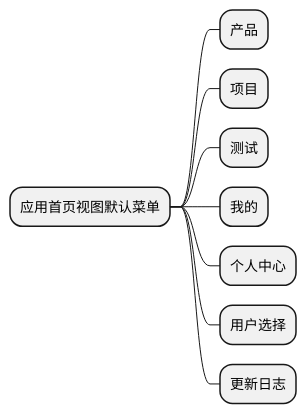
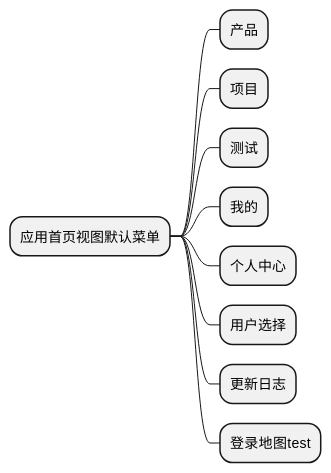
The diagram in ibizpms-docs/src/main/doc/v1/app/mob/AppIndexView.md (zj335841911/nt_chandao), drawn with PlantUML before and after one commit. The commit also changed other lines of this file and 24 other files, not shown here.

```diff
--- a/ibizpms-docs/src/main/doc/v1/app/mob/AppIndexView.md
+++ b/ibizpms-docs/src/main/doc/v1/app/mob/AppIndexView.md
@@ -5,12 +5,13 @@
 {% plantuml %}
 @startmindmap
 * 应用首页视图默认菜单
 ** 产品
 ** 项目
 ** 测试
 ** 我的
 ** 个人中心
 ** 用户选择
 ** 更新日志
+** 登录地图test
 @endmindmap
 {% endplantuml %}
```
